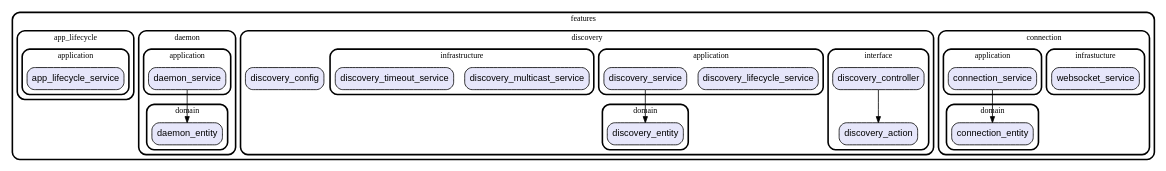
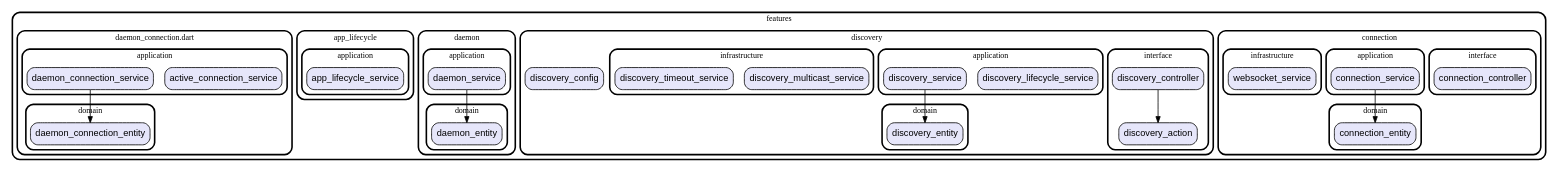
The diagram in graph/lib/features.dot (gev/reacthome-mobile), drawn with Graphviz before and after one commit. The commit also changed 19 other files, not shown here.

Commit message:
update dependencies graph

```diff
--- a/graph/lib/features.dot
+++ b/graph/lib/features.dot
@@ -1,82 +1,103 @@
 digraph "" {
   graph [style=rounded fontname="Arial Black" fontsize=13 penwidth=2.6];
   node [shape=rect style="filled,rounded" fontname=Arial fontsize=15 fillcolor=Lavender penwidth=1.3];
   edge [penwidth=1.3];
-  "/connection/infrastucture/websocket_service.dart" [label="websocket_service"];
+  "/connection/interface/connection_controller.dart" [label="connection_controller"];
   "/connection/application/connection_service.dart" [label="connection_service"];
+  "/connection/infrastructure/websocket_service.dart" [label="websocket_service"];
   "/connection/domain/connection_entity.dart" [label="connection_entity"];
   "/discovery/interface/discovery_controller.dart" [label="discovery_controller"];
   "/discovery/interface/discovery_action.dart" [label="discovery_action"];
   "/discovery/discovery_config.dart" [label="discovery_config"];
   "/discovery/application/discovery_lifecycle_service.dart" [label="discovery_lifecycle_service"];
   "/discovery/application/discovery_service.dart" [label="discovery_service"];
   "/discovery/infrastructure/discovery_multicast_service.dart" [label="discovery_multicast_service"];
   "/discovery/infrastructure/discovery_timeout_service.dart" [label="discovery_timeout_service"];
   "/discovery/domain/discovery_entity.dart" [label="discovery_entity"];
   "/daemon/application/daemon_service.dart" [label="daemon_service"];
   "/daemon/domain/daemon_entity.dart" [label="daemon_entity"];
   "/app_lifecycle/application/app_lifecycle_service.dart" [label="app_lifecycle_service"];
+  "/daemon_connection.dart/application/active_connection_service.dart" [label="active_connection_service"];
+  "/daemon_connection.dart/application/daemon_connection_service.dart" [label="daemon_connection_service"];
+  "/daemon_connection.dart/domain/daemon_connection_entity.dart" [label="daemon_connection_entity"];
   subgraph "cluster~" {
     label="features";
     subgraph "cluster~/connection" {
       label="connection";
-      subgraph "cluster~/connection/infrastucture" {
-        label="infrastucture";
-        "/connection/infrastucture/websocket_service.dart";
+      subgraph "cluster~/connection/interface" {
+        label="interface";
+        "/connection/interface/connection_controller.dart";
       }
       subgraph "cluster~/connection/application" {
         label="application";
         "/connection/application/connection_service.dart";
+      }
+      subgraph "cluster~/connection/infrastructure" {
+        label="infrastructure";
+        "/connection/infrastructure/websocket_service.dart";
       }
       subgraph "cluster~/connection/domain" {
         label="domain";
         "/connection/domain/connection_entity.dart";
       }
     }
     subgraph "cluster~/discovery" {
       label="discovery";
       "/discovery/discovery_config.dart";
       subgraph "cluster~/discovery/interface" {
         label="interface";
         "/discovery/interface/discovery_controller.dart";
         "/discovery/interface/discovery_action.dart";
       }
       subgraph "cluster~/discovery/application" {
         label="application";
         "/discovery/application/discovery_lifecycle_service.dart";
         "/discovery/application/discovery_service.dart";
       }
       subgraph "cluster~/discovery/infrastructure" {
         label="infrastructure";
         "/discovery/infrastructure/discovery_multicast_service.dart";
         "/discovery/infrastructure/discovery_timeout_service.dart";
       }
       subgraph "cluster~/discovery/domain" {
         label="domain";
         "/discovery/domain/discovery_entity.dart";
       }
     }
     subgraph "cluster~/daemon" {
       label="daemon";
       subgraph "cluster~/daemon/application" {
         label="application";
         "/daemon/application/daemon_service.dart";
       }
       subgraph "cluster~/daemon/domain" {
         label="domain";
         "/daemon/domain/daemon_entity.dart";
       }
     }
     subgraph "cluster~/app_lifecycle" {
       label="app_lifecycle";
       subgraph "cluster~/app_lifecycle/application" {
         label="application";
         "/app_lifecycle/application/app_lifecycle_service.dart";
       }
     }
+    subgraph "cluster~/daemon_connection.dart" {
+      label="daemon_connection.dart";
+      subgraph "cluster~/daemon_connection.dart/application" {
+        label="application";
+        "/daemon_connection.dart/application/active_connection_service.dart";
+        "/daemon_connection.dart/application/daemon_connection_service.dart";
+      }
+      subgraph "cluster~/daemon_connection.dart/domain" {
+        label="domain";
+        "/daemon_connection.dart/domain/daemon_connection_entity.dart";
+      }
+    }
   }
   "/connection/application/connection_service.dart" -> "/connection/domain/connection_entity.dart";
   "/discovery/interface/discovery_controller.dart" -> "/discovery/interface/discovery_action.dart";
   "/discovery/application/discovery_service.dart" -> "/discovery/domain/discovery_entity.dart";
   "/daemon/application/daemon_service.dart" -> "/daemon/domain/daemon_entity.dart";
+  "/daemon_connection.dart/application/daemon_connection_service.dart" -> "/daemon_connection.dart/domain/daemon_connection_entity.dart";
 }
```
